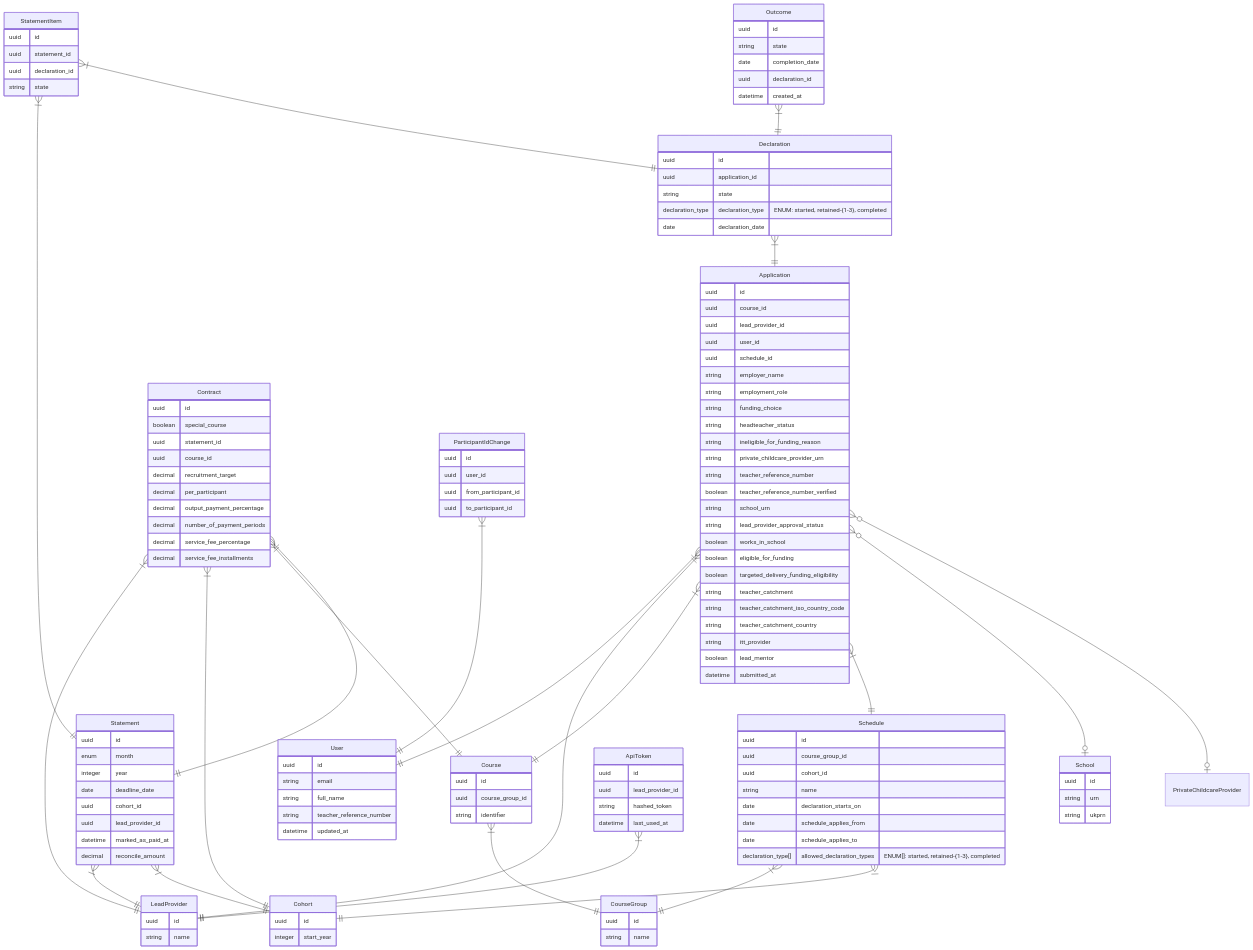
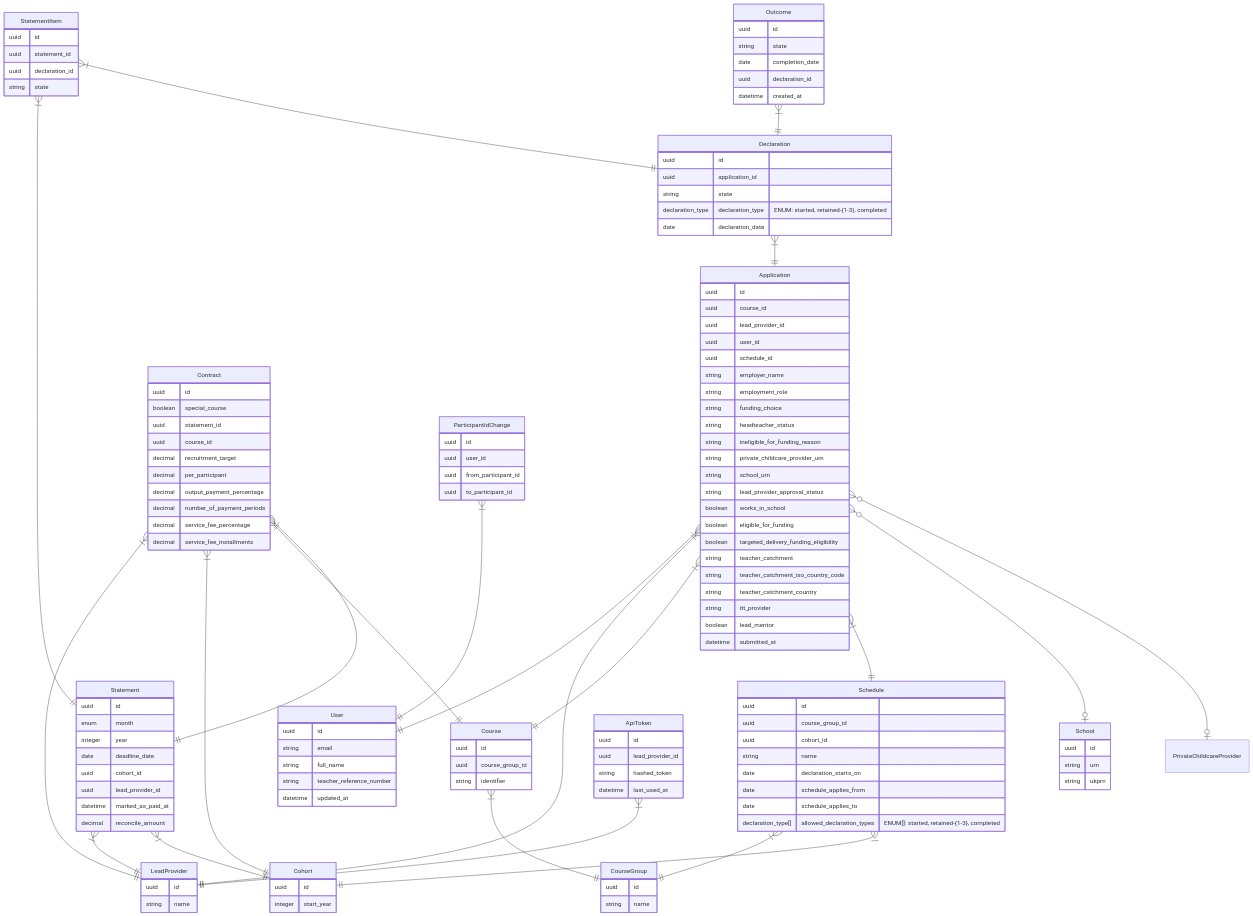
Before and after one commit to DFE-Digital/npq-separation: the second of 4 diagrams in data-modelling.md, drawn with Mermaid.

Commit message:
Remove TRN from Application

```diff
--- a/data-modelling.md
+++ b/data-modelling.md
@@ -97,8 +97,6 @@
         string headteacher_status
         string ineligible_for_funding_reason
         string private_childcare_provider_urn
-        string teacher_reference_number
-        boolean teacher_reference_number_verified
         string school_urn
         string lead_provider_approval_status
         boolean works_in_school
```
